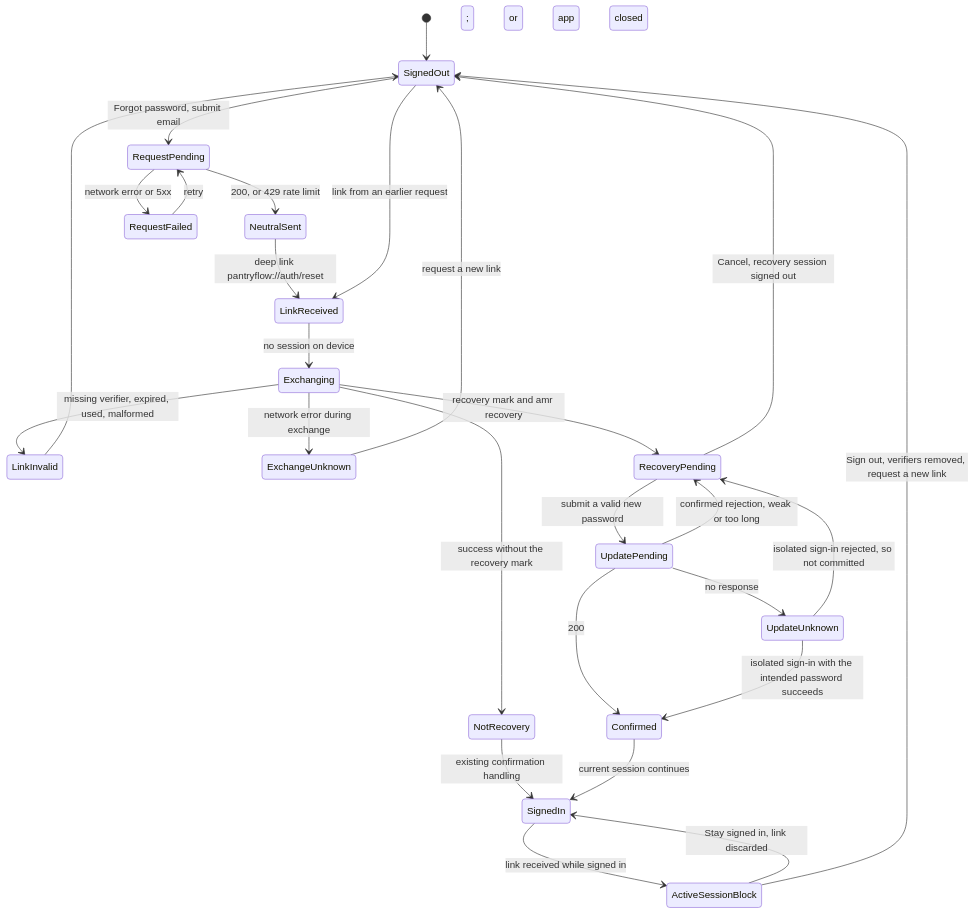
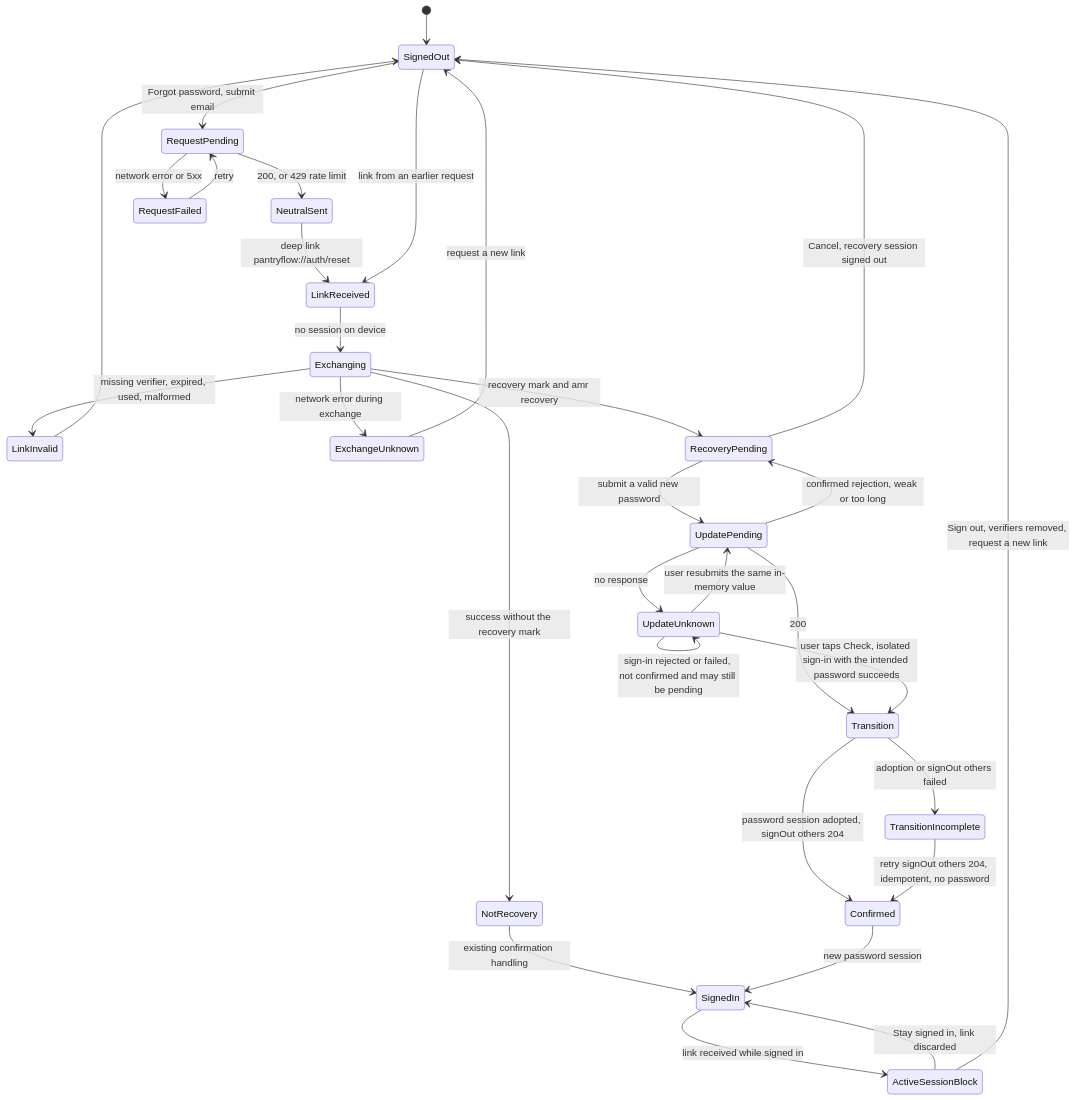
Before and after one commit to Micha0371/PantryFlow: the diagram in docs/planning/2026-11-19-password-recovery-session-spec.md, drawn with Mermaid. The commit also changed other lines of this file and 4 other files, not shown here.

````diff
--- a/docs/planning/2026-11-19-password-recovery-session-spec.md
+++ b/docs/planning/2026-11-19-password-recovery-session-spec.md
@@ -214,29 +231,33 @@
 ```mermaid
 stateDiagram-v2
     [*] --> SignedOut
     SignedOut --> RequestPending: Forgot password, submit email
     RequestPending --> NeutralSent: 200, or 429 rate limit
     RequestPending --> RequestFailed: network error or 5xx
     RequestFailed --> RequestPending: retry
     NeutralSent --> LinkReceived: deep link pantryflow://auth/reset
     SignedOut --> LinkReceived: link from an earlier request
     SignedIn --> ActiveSessionBlock: link received while signed in
     ActiveSessionBlock --> SignedIn: Stay signed in, link discarded
     ActiveSessionBlock --> SignedOut: Sign out, verifiers removed, request a new link
     LinkReceived --> Exchanging: no session on device
     Exchanging --> LinkInvalid: missing verifier, expired, used, malformed
     Exchanging --> ExchangeUnknown: network error during exchange
     Exchanging --> NotRecovery: success without the recovery mark
     Exchanging --> RecoveryPending: recovery mark and amr recovery
     NotRecovery --> SignedIn: existing confirmation handling
     LinkInvalid --> SignedOut
     ExchangeUnknown --> SignedOut: request a new link
     RecoveryPending --> UpdatePending: submit a valid new password
     RecoveryPending --> SignedOut: Cancel, recovery session signed out
     UpdatePending --> RecoveryPending: confirmed rejection, weak or too long
-    UpdatePending --> Confirmed: 200
+    UpdatePending --> Transition: 200
     UpdatePending --> UpdateUnknown: no response
-    UpdateUnknown --> Confirmed: isolated sign-in with the intended password succeeds
-    UpdateUnknown --> RecoveryPending: isolated sign-in rejected, so not committed; or app closed
-    Confirmed --> SignedIn: current session continues
+    UpdateUnknown --> Transition: user taps Check, isolated sign-in with the intended password succeeds
+    UpdateUnknown --> UpdateUnknown: sign-in rejected or failed, not confirmed and may still be pending
+    UpdateUnknown --> UpdatePending: user resubmits the same in-memory value
+    Transition --> Confirmed: password session adopted, signOut others 204
+    Transition --> TransitionIncomplete: adoption or signOut others failed
+    TransitionIncomplete --> Confirmed: retry signOut others 204, idempotent, no password
+    Confirmed --> SignedIn: new password session
 ```
````
